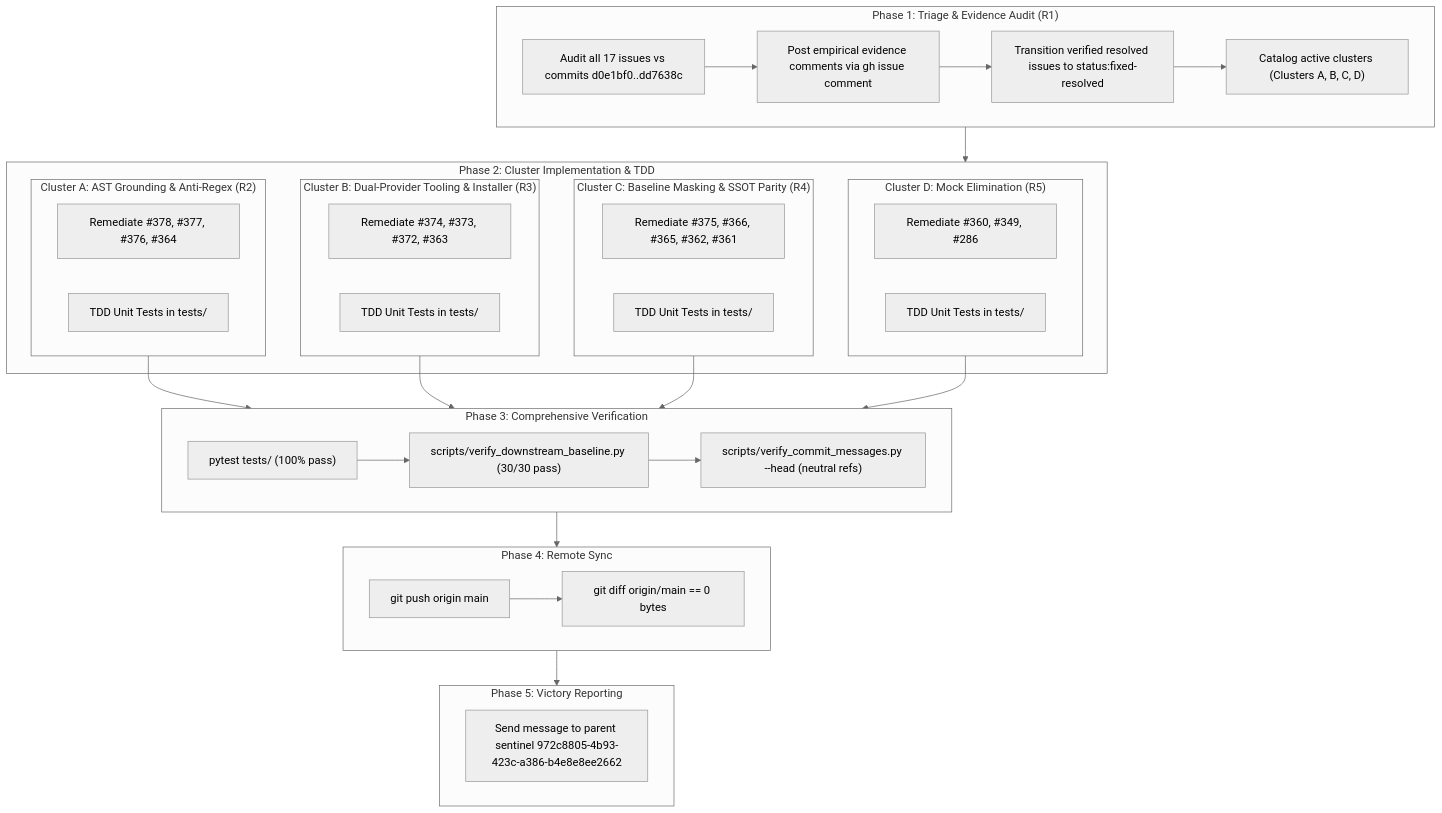
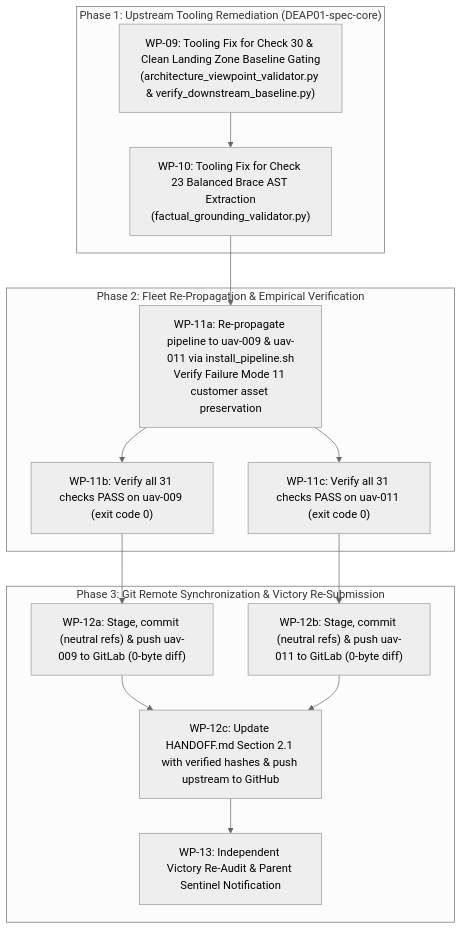
Before and after one commit to gintatkinson/DEAP01-spec-core: the diagram in implementation_plan.md, drawn with Mermaid (neutral theme). The commit also changed other lines of this file and 95 other files, not shown here.

Commit message:
docs(sentinel): finalize victory auditor records for fleet propagation (refs #378, refs #377, refs #376, refs #372)

````diff
--- a/implementation_plan.md
+++ b/implementation_plan.md
@@ -25,54 +19,29 @@
 ```mermaid
 flowchart TD
-    subgraph Phase1 ["Phase 1: Triage & Evidence Audit (R1)"]
-        WP1_Audit["Audit all 17 issues vs commits d0e1bf0..dd7638c"]
-        WP1_Comment["Post empirical evidence comments via gh issue comment"]
-        WP1_Label["Transition verified resolved issues to status:fixed-resolved"]
-        WP1_Catalog["Catalog active clusters (Clusters A, B, C, D)"]
-        WP1_Audit --> WP1_Comment --> WP1_Label --> WP1_Catalog
+    subgraph Phase1 ["Phase 1: Upstream Tooling Remediation (DEAP01-spec-core)"]
+        WP09["WP-09: Tooling Fix for Check 30 & Clean Landing Zone Baseline Gating<br/>(architecture_viewpoint_validator.py & verify_downstream_baseline.py)"]
+        WP10["WP-10: Tooling Fix for Check 23 Balanced Brace AST Extraction<br/>(factual_grounding_validator.py)"]
+        WP09 --> WP10
     end
 
-    subgraph Phase2 ["Phase 2: Cluster Implementation & TDD"]
-        subgraph ClusterA ["Cluster A: AST Grounding & Anti-Regex (R2)"]
-            CA_Spec["Remediate #378, #377, #376, #364"]
-            CA_Test["TDD Unit Tests in tests/"]
-        end
-        subgraph ClusterB ["Cluster B: Dual-Provider Tooling & Installer (R3)"]
-            CB_Spec["Remediate #374, #373, #372, #363"]
-            CB_Test["TDD Unit Tests in tests/"]
-        end
-        subgraph ClusterC ["Cluster C: Baseline Masking & SSOT Parity (R4)"]
-            CC_Spec["Remediate #375, #366, #365, #362, #361"]
-            CC_Test["TDD Unit Tests in tests/"]
-        end
-        subgraph ClusterD ["Cluster D: Mock Elimination (R5)"]
-            CD_Spec["Remediate #360, #349, #286"]
-            CD_Test["TDD Unit Tests in tests/"]
-        end
+    subgraph Phase2 ["Phase 2: Fleet Re-Propagation & Empirical Verification"]
+        WP11_Install["WP-11a: Re-propagate pipeline to uav-009 & uav-011 via install_pipeline.sh<br/>Verify Failure Mode 11 customer asset preservation"]
+        WP11_Gate009["WP-11b: Verify all 31 checks PASS on uav-009 (exit code 0)"]
+        WP11_Gate011["WP-11c: Verify all 31 checks PASS on uav-011 (exit code 0)"]
+        WP10 --> WP11_Install
+        WP11_Install --> WP11_Gate009
+        WP11_Install --> WP11_Gate011
     end
 
-    subgraph Phase3 ["Phase 3: Comprehensive Verification"]
-        V_Pytest["pytest tests/ (100% pass)"]
-        V_Baseline["scripts/verify_downstream_baseline.py (30/30 pass)"]
-        V_Commits["scripts/verify_commit_messages.py --head (neutral refs)"]
-        V_Pytest --> V_Baseline --> V_Commits
+    subgraph Phase3 ["Phase 3: Git Remote Synchronization & Victory Re-Submission"]
+        WP12_Sync009["WP-12a: Stage, commit (neutral refs) & push uav-009 to GitLab (0-byte diff)"]
+        WP12_Sync011["WP-12b: Stage, commit (neutral refs) & push uav-011 to GitLab (0-byte diff)"]
+        WP12_SyncUpstream["WP-12c: Update HANDOFF.md Section 2.1 with verified hashes & push upstream to GitHub"]
+        WP13_Victory["WP-13: Independent Victory Re-Audit & Parent Sentinel Notification"]
+        WP11_Gate009 --> WP12_Sync009
+        WP11_Gate011 --> WP12_Sync011
+        WP12_Sync009 --> WP12_SyncUpstream
+        WP12_Sync011 --> WP12_SyncUpstream
+        WP12_SyncUpstream --> WP13_Victory
     end
-
-    subgraph Phase4 ["Phase 4: Remote Sync"]
-        P_Push["git push origin main"]
-        P_Diff["git diff origin/main == 0 bytes"]
-        P_Push --> P_Diff
-    end
-
-    subgraph Phase5 ["Phase 5: Victory Reporting"]
-        R_Report["Send message to parent sentinel 972c8805-4b93-423c-a386-b4e8e8ee2662"]
-    end
-
-    Phase1 --> Phase2
-    ClusterA --> Phase3
-    ClusterB --> Phase3
-    ClusterC --> Phase3
-    ClusterD --> Phase3
-    Phase3 --> Phase4
-    Phase4 --> Phase5
 ```
````
